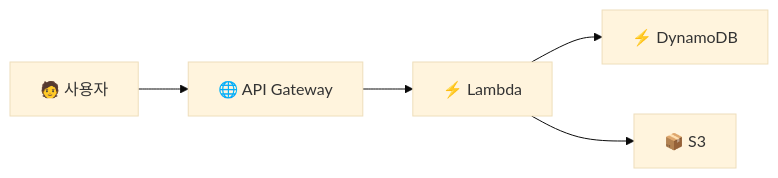
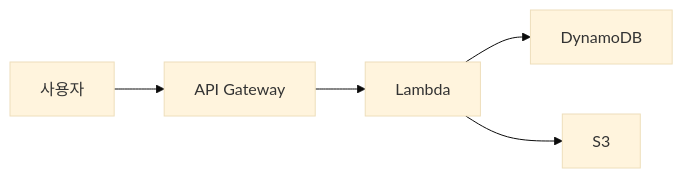
Before and after one commit to una0801/yoona-tech: the second of 2 diagrams in contents/aws/compute/lambda/index.mdx, drawn with Mermaid (base theme). The commit also changed other lines of this file and 56 other files, not shown here.

````diff
--- a/contents/aws/compute/lambda/index.mdx
+++ b/contents/aws/compute/lambda/index.mdx
@@ -120,7 +104,7 @@
 ```mermaid
 flowchart LR
-    User["🧑 사용자"] --> APIGW["🌐 API Gateway"]
-    APIGW --> Lambda["⚡ Lambda"]
-    Lambda --> DDB["⚡ DynamoDB"]
-    Lambda --> S3["📦 S3"]
+    User["사용자"] --> APIGW["API Gateway"]
+    APIGW --> Lambda["Lambda"]
+    Lambda --> DDB["DynamoDB"]
+    Lambda --> S3["S3"]
 ```
````
